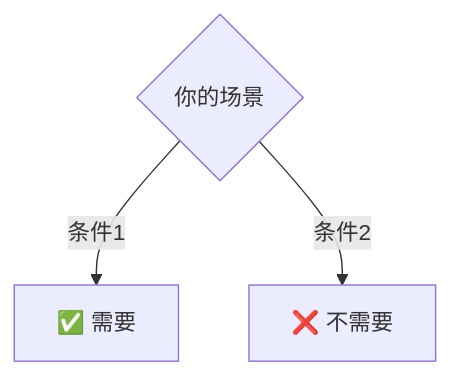
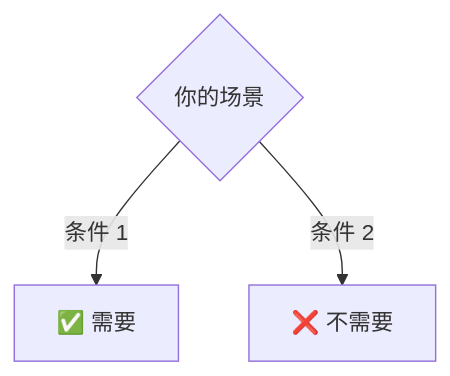
Before and after one commit to CloudManHQ/CloudMaster: the first of 7 diagrams in 93_Tools/DOCUMENT_TEMPLATES.md, drawn with Mermaid. The commit also changed other lines of this file and 629 other files, not shown here.

````diff
--- a/93_Tools/DOCUMENT_TEMPLATES.md
+++ b/93_Tools/DOCUMENT_TEMPLATES.md
@@ -505,5 +505,5 @@
 ```mermaid
 flowchart TB
-    A{你的场景} -->|条件1| B[✅ 需要]
-    A -->|条件2| C[❌ 不需要]
+ A{你的场景} -->|条件 1| B[✅ 需要]
+ A -->|条件 2| C[❌ 不需要]
 ```
````
